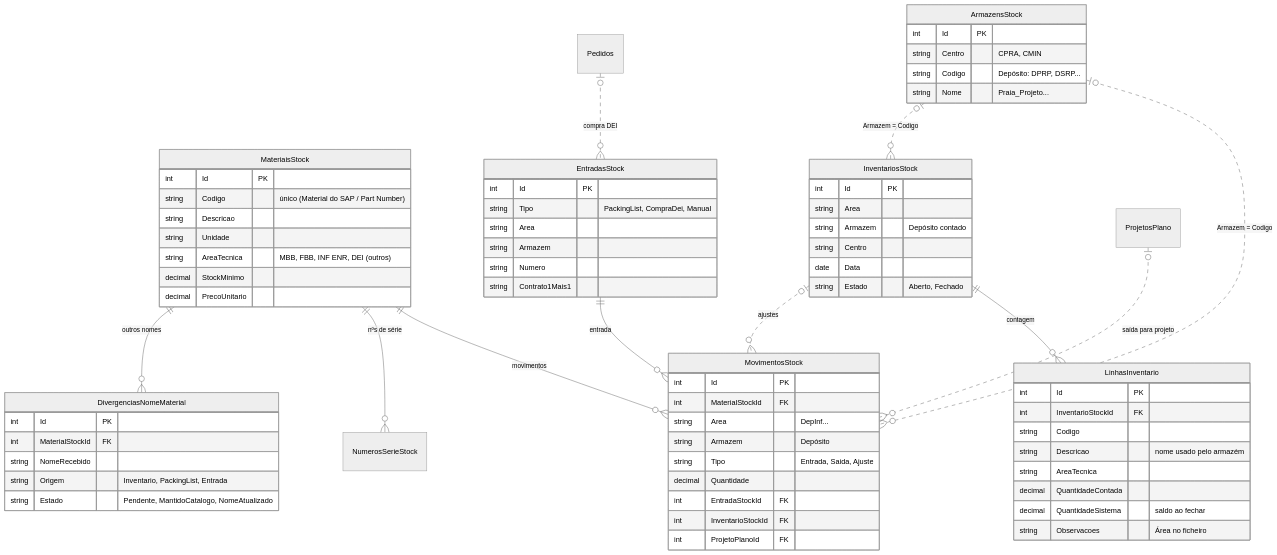
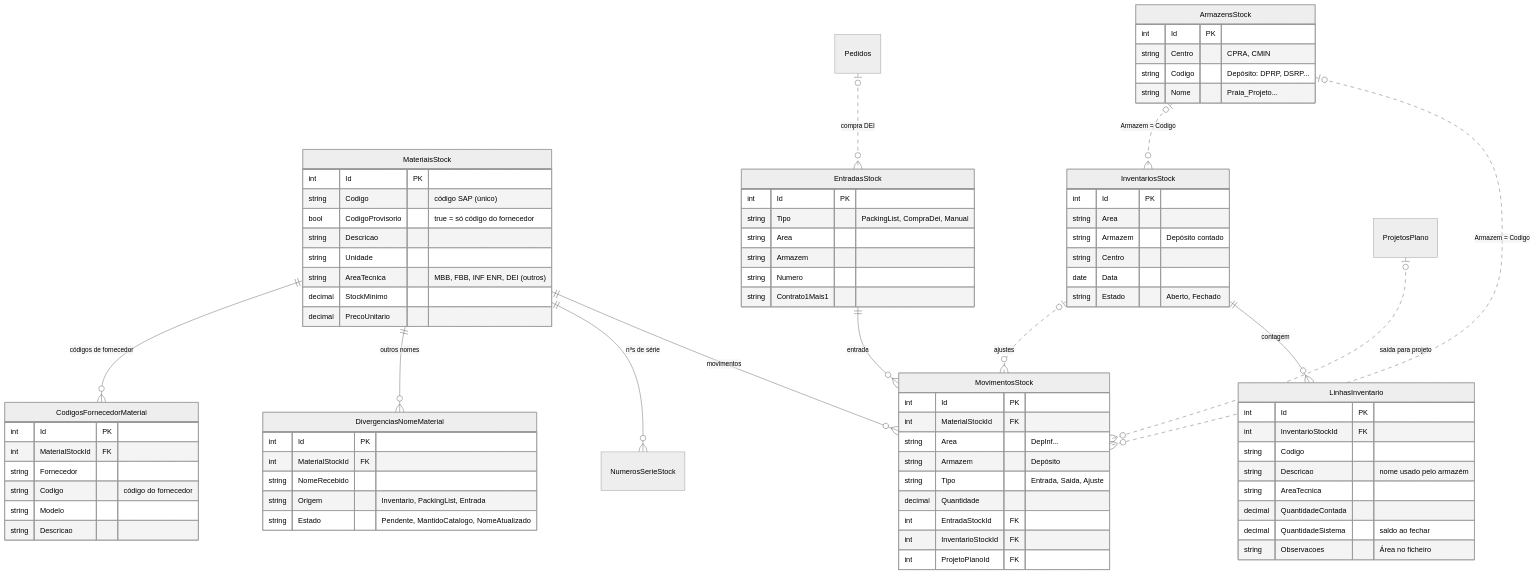
One commit to paiol/aziz changed the fifth of 5 diagrams in docs/PLATAFORMA_DEI.md. Above: the diagram before and after it, drawn with Mermaid (neutral theme). The commit also changed other lines of this file and 13 other files, not shown here.

First line of the commit message:
Stock: código SAP como ID e códigos de fornecedor controlados pela DEI

```diff
--- a/docs/PLATAFORMA_DEI.md
+++ b/docs/PLATAFORMA_DEI.md
@@ -219,6 +230,7 @@
     MateriaisStock ||--o{ MovimentosStock : "movimentos"
     MateriaisStock ||--o{ NumerosSerieStock : "nºs de série"
     MateriaisStock ||--o{ DivergenciasNomeMaterial : "outros nomes"
+    MateriaisStock ||--o{ CodigosFornecedorMaterial : "códigos de fornecedor"
     EntradasStock ||--o{ MovimentosStock : "entrada"
     InventariosStock ||--o{ LinhasInventario : "contagem"
     InventariosStock |o..o{ MovimentosStock : "ajustes"
@@ -229,7 +241,8 @@
 
     MateriaisStock {
         int Id PK
-        string Codigo "único (Material do SAP / Part Number)"
+        string Codigo "código SAP (único)"
+        bool CodigoProvisorio "true = só código do fornecedor"
         string Descricao
         string Unidade
         string AreaTecnica "MBB, FBB, INF ENR, DEI (outros)"
@@ -279,6 +292,14 @@
         string Numero
         string Contrato1Mais1
     }
+    CodigosFornecedorMaterial {
+        int Id PK
+        int MaterialStockId FK
+        string Fornecedor
+        string Codigo "código do fornecedor"
+        string Modelo
+        string Descricao
+    }
     DivergenciasNomeMaterial {
         int Id PK
         int MaterialStockId FK
```
